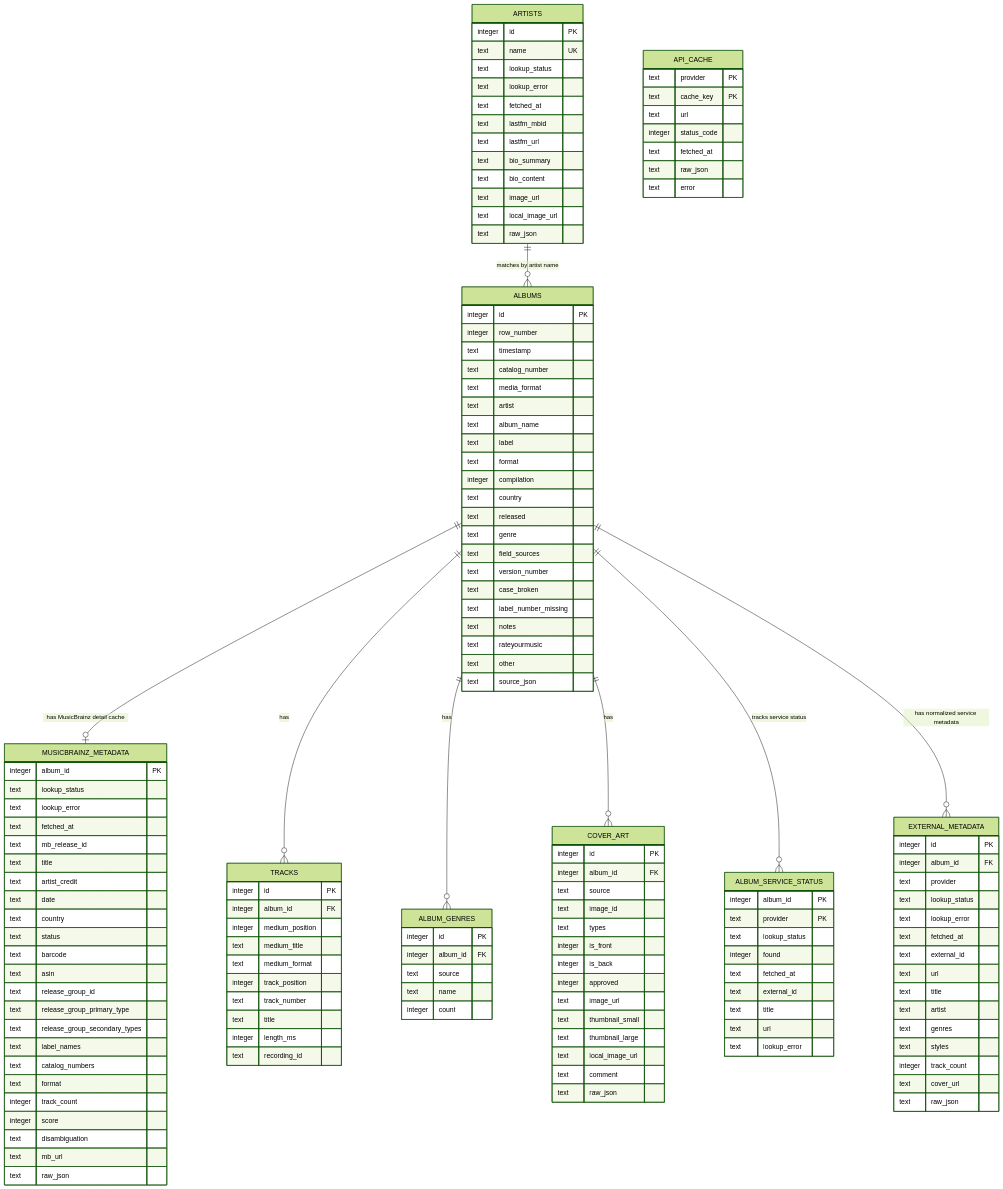
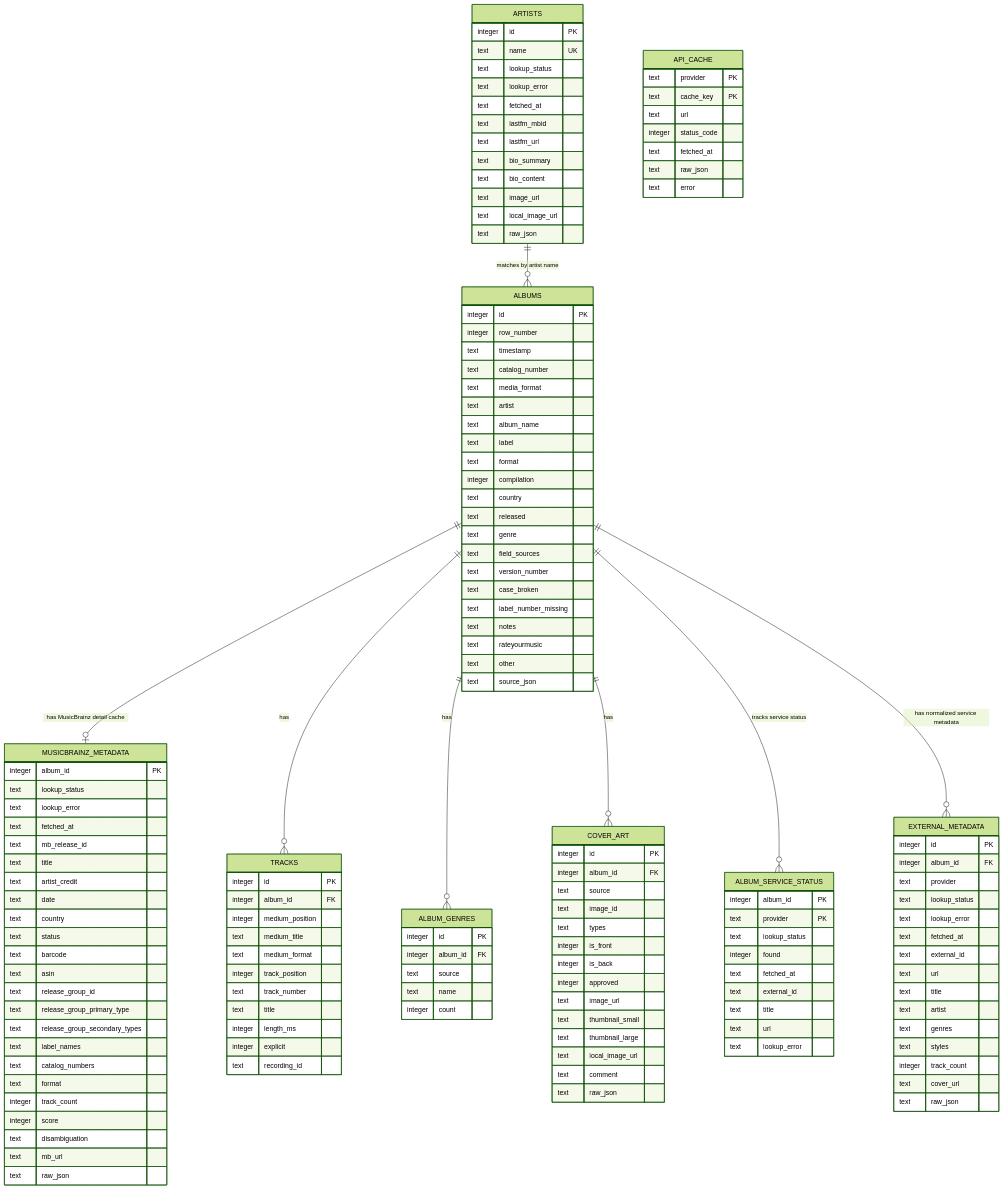
The first of 2 diagrams in README.md (wirtes/cd-archive), drawn with Mermaid (forest theme) before and after one commit. The commit also changed other lines of this file and 6 other files, not shown here.

```diff
--- a/README.md
+++ b/README.md
@@ -427,6 +427,7 @@
         text track_number
         text title
         integer length_ms
+        integer explicit
         text recording_id
     }
 
```
